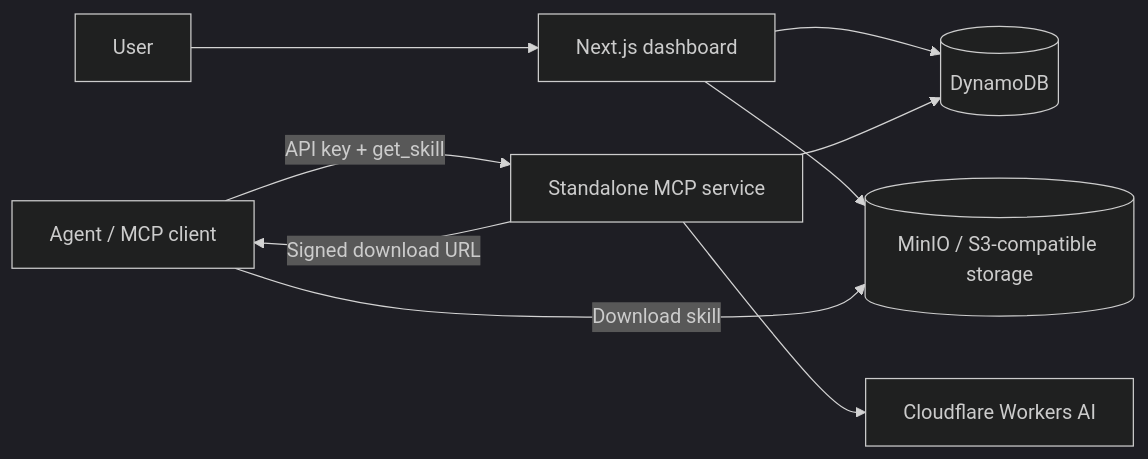
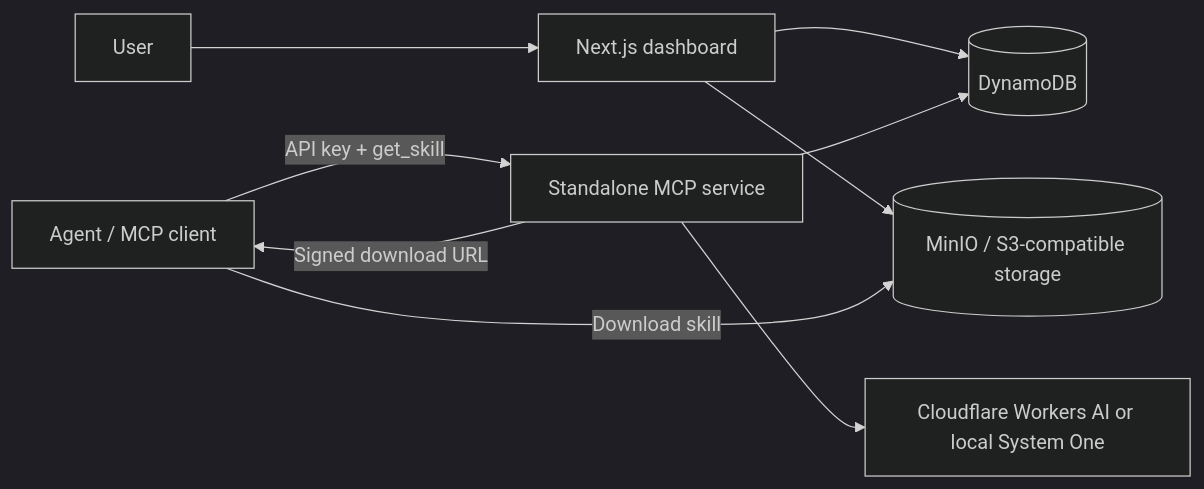
Before and after one commit to sanjaykannan8/Snap: the diagram in README.md, drawn with Mermaid (dark theme). The commit also changed other lines of this file and 8 other files, not shown here.

````diff
--- a/README.md
+++ b/README.md
@@ -25,11 +25,11 @@
 ```mermaid
 flowchart LR
     U[User] --> W[Next.js dashboard]
     W --> D[(DynamoDB)]
     W --> S[(MinIO / S3-compatible storage)]
     A[Agent / MCP client] -->|API key + get_skill| M[Standalone MCP service]
     M --> D
-    M --> C[Cloudflare Workers AI]
+    M --> C[Cloudflare Workers AI or local System One]
     M -->|Signed download URL| A
     A -->|Download skill| S
 ```
````
